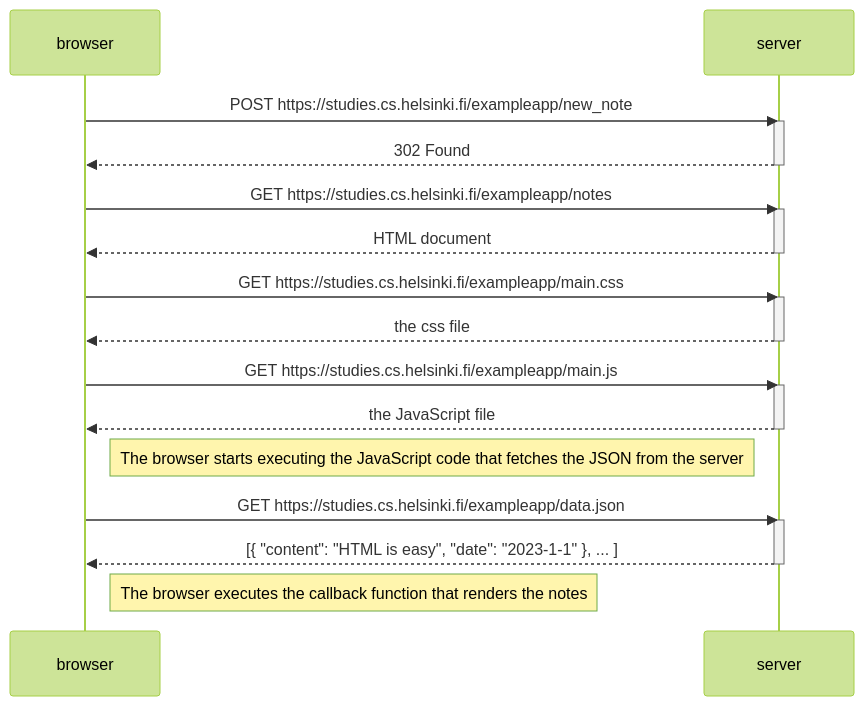
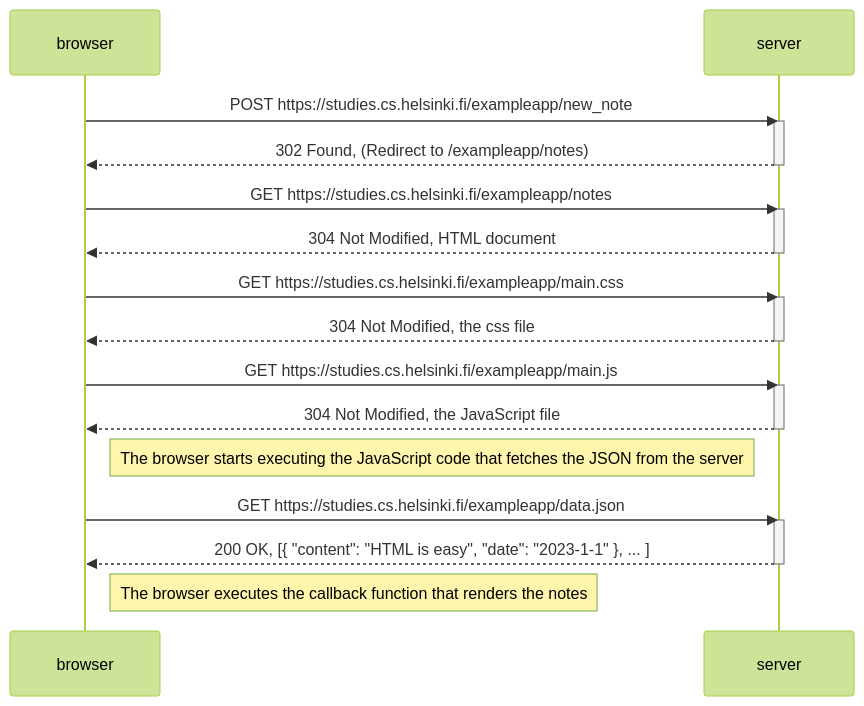
One commit to AleksiSupikoski/FSO changed the diagram in Part0/04.md. Above: the diagram before and after it, drawn with Mermaid (forest theme).

````diff
--- a/Part0/04.md
+++ b/Part0/04.md
@@ -2,34 +2,34 @@
 ```mermaid
 sequenceDiagram
     participant browser
     participant server
 
     browser->>server: POST https://studies.cs.helsinki.fi/exampleapp/new_note
     activate server
-    server-->>browser: 302 Found
+    server-->>browser: 302 Found, (Redirect to /exampleapp/notes)
     deactivate server
 
     browser->>server: GET https://studies.cs.helsinki.fi/exampleapp/notes
     activate server
-    server-->>browser: HTML document
+    server-->>browser: 304 Not Modified, HTML document
     deactivate server
 
     browser->>server: GET https://studies.cs.helsinki.fi/exampleapp/main.css
     activate server
-    server-->>browser: the css file
+    server-->>browser: 304 Not Modified, the css file
     deactivate server
 
     browser->>server: GET https://studies.cs.helsinki.fi/exampleapp/main.js
     activate server
-    server-->>browser: the JavaScript file
+    server-->>browser: 304 Not Modified, the JavaScript file
     deactivate server
 
     Note right of browser: The browser starts executing the JavaScript code that fetches the JSON from the server
 
     browser->>server: GET https://studies.cs.helsinki.fi/exampleapp/data.json
     activate server
-    server-->>browser: [{ "content": "HTML is easy", "date": "2023-1-1" }, ... ]
+    server-->>browser: 200 OK, [{ "content": "HTML is easy", "date": "2023-1-1" }, ... ]
     deactivate server
 
     Note right of browser: The browser executes the callback function that renders the notes
 ```
````
